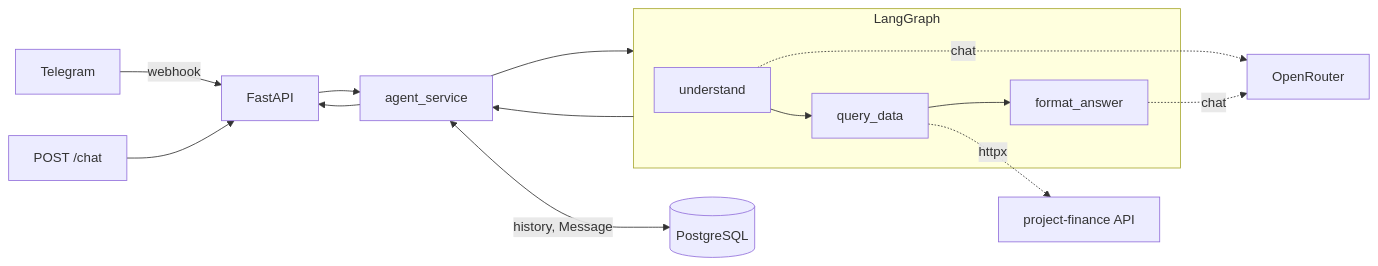
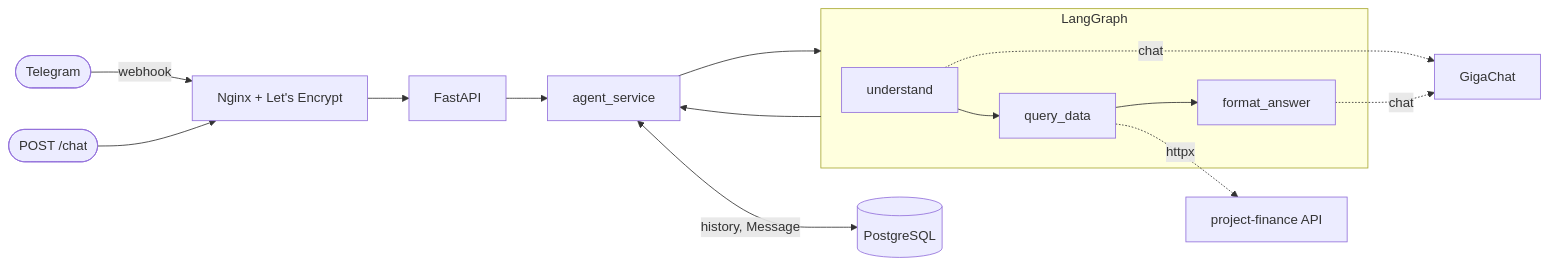
The diagram in README.md (daniil-avdeenko/fastapi-finance-agent), drawn with Mermaid before and after one commit. The commit also changed other lines of this file and 1 other file, not shown here.

````diff
--- a/README.md
+++ b/README.md
@@ -23,19 +23,19 @@
 ```mermaid
 flowchart LR
-    TG[Telegram] -->|webhook| API[FastAPI]
-    HTTP[POST /chat] --> API
+    TG([Telegram]) -->|webhook| Nginx[Nginx + Let's Encrypt]
+    HTTP([POST /chat]) --> Nginx
+    Nginx --> API[FastAPI]
     API --> Svc[agent_service]
 
     subgraph Agent[LangGraph]
         U[understand] --> Q[query_data] --> F[format_answer]
     end
 
     Svc --> Agent
-    U -.->|chat| LLM[OpenRouter]
+    U -.->|chat| LLM[GigaChat]
     F -.->|chat| LLM
     Q -.->|httpx| Main[project-finance API]
     Agent --> Svc
 
     Svc <-->|history, Message| DB[(PostgreSQL)]
-    Svc --> API
 ```
````
